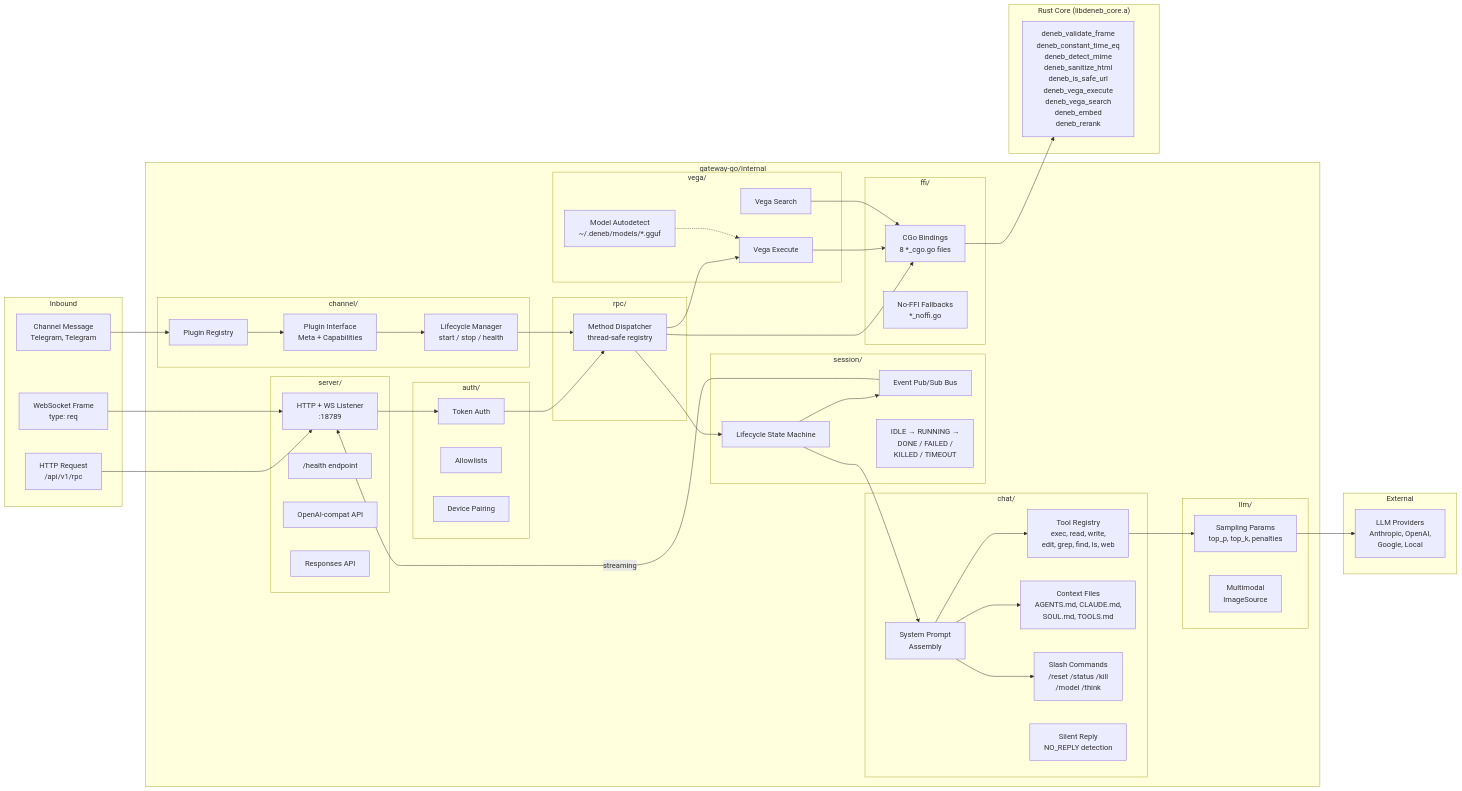
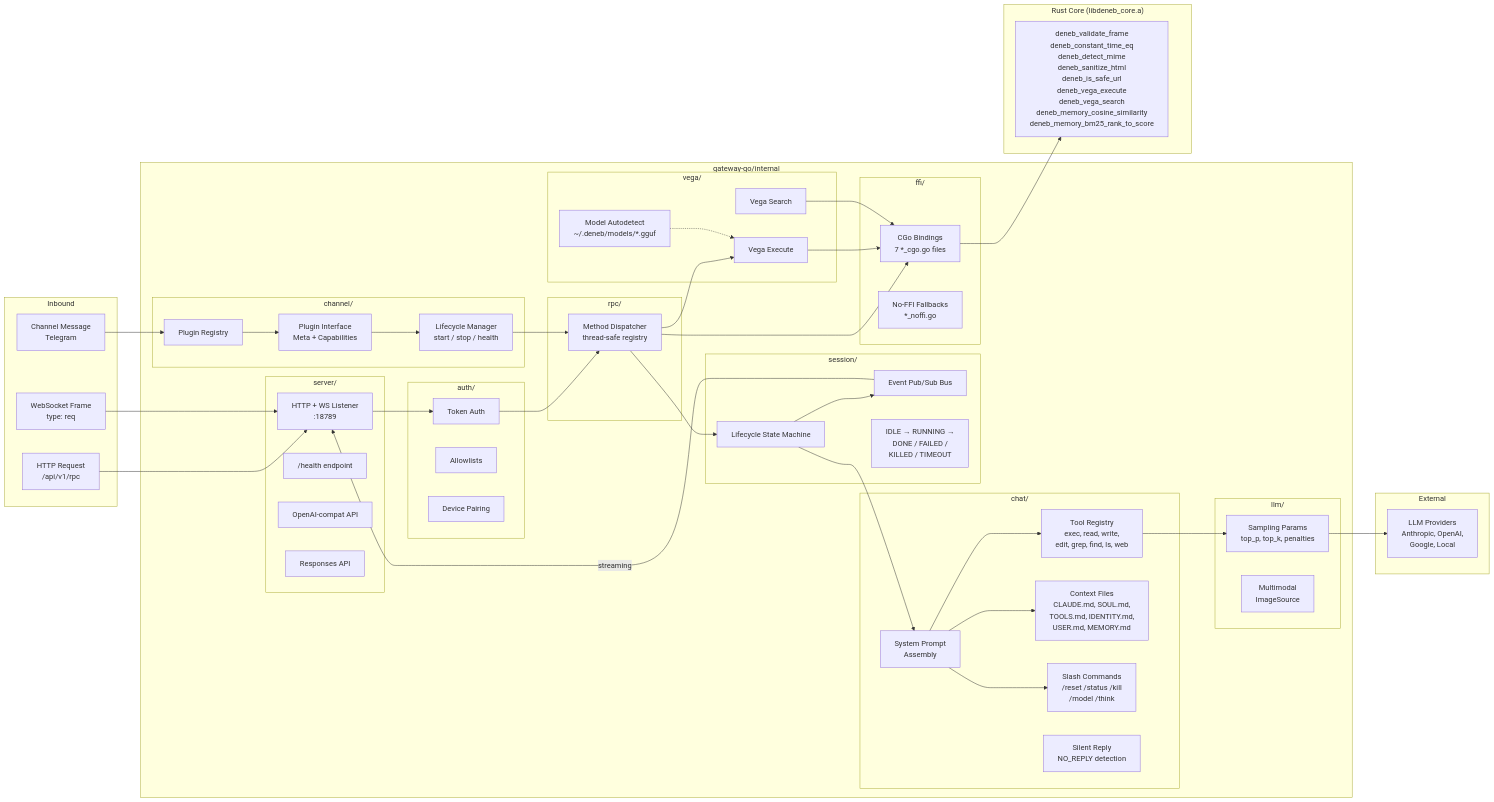
One commit to choiceoh/Deneb changed the third of 5 diagrams in docs/concepts/architecture.md. Above: the diagram before and after it, drawn with Mermaid. The commit also changed other lines of this file and 26 other files, not shown here.

```diff
--- a/docs/concepts/architecture.md
+++ b/docs/concepts/architecture.md
@@ -229,7 +180,7 @@
     subgraph "Inbound"
         REQ_HTTP["HTTP Request<br>/api/v1/rpc"]
         REQ_WS["WebSocket Frame<br>type: req"]
-        REQ_CHAN["Channel Message<br>Telegram, Telegram"]
+        REQ_CHAN["Channel Message<br>Telegram"]
     end
 
     subgraph "gateway-go/internal"
@@ -265,7 +216,7 @@
         subgraph chat["chat/"]
             SYSPROMPT["System Prompt<br>Assembly"]
             TOOLS["Tool Registry<br>exec, read, write,<br>edit, grep, find, ls, web"]
-            CTXFILES["Context Files<br>AGENTS.md, CLAUDE.md,<br>SOUL.md, TOOLS.md"]
+            CTXFILES["Context Files<br>CLAUDE.md, SOUL.md,<br>TOOLS.md, IDENTITY.md,<br>USER.md, MEMORY.md"]
             SLASH["Slash Commands<br>/reset /status /kill<br>/model /think"]
             SILENT["Silent Reply<br>NO_REPLY detection"]
         end
@@ -276,7 +227,7 @@
         end
 
         subgraph ffi["ffi/"]
-            CGO["CGo Bindings<br>8 *_cgo.go files"]
+            CGO["CGo Bindings<br>7 *_cgo.go files"]
             NOFFI["No-FFI Fallbacks<br>*_noffi.go"]
         end
 
@@ -288,7 +239,7 @@
     end
 
     subgraph "Rust Core (libdeneb_core.a)"
-        RUSTFNS["deneb_validate_frame<br>deneb_constant_time_eq<br>deneb_detect_mime<br>deneb_sanitize_html<br>deneb_is_safe_url<br>deneb_vega_execute<br>deneb_vega_search<br>deneb_embed<br>deneb_rerank"]
+        RUSTFNS["deneb_validate_frame<br>deneb_constant_time_eq<br>deneb_detect_mime<br>deneb_sanitize_html<br>deneb_is_safe_url<br>deneb_vega_execute<br>deneb_vega_search<br>deneb_memory_cosine_similarity<br>deneb_memory_bm25_rank_to_score"]
     end
 
     subgraph "External"
```
